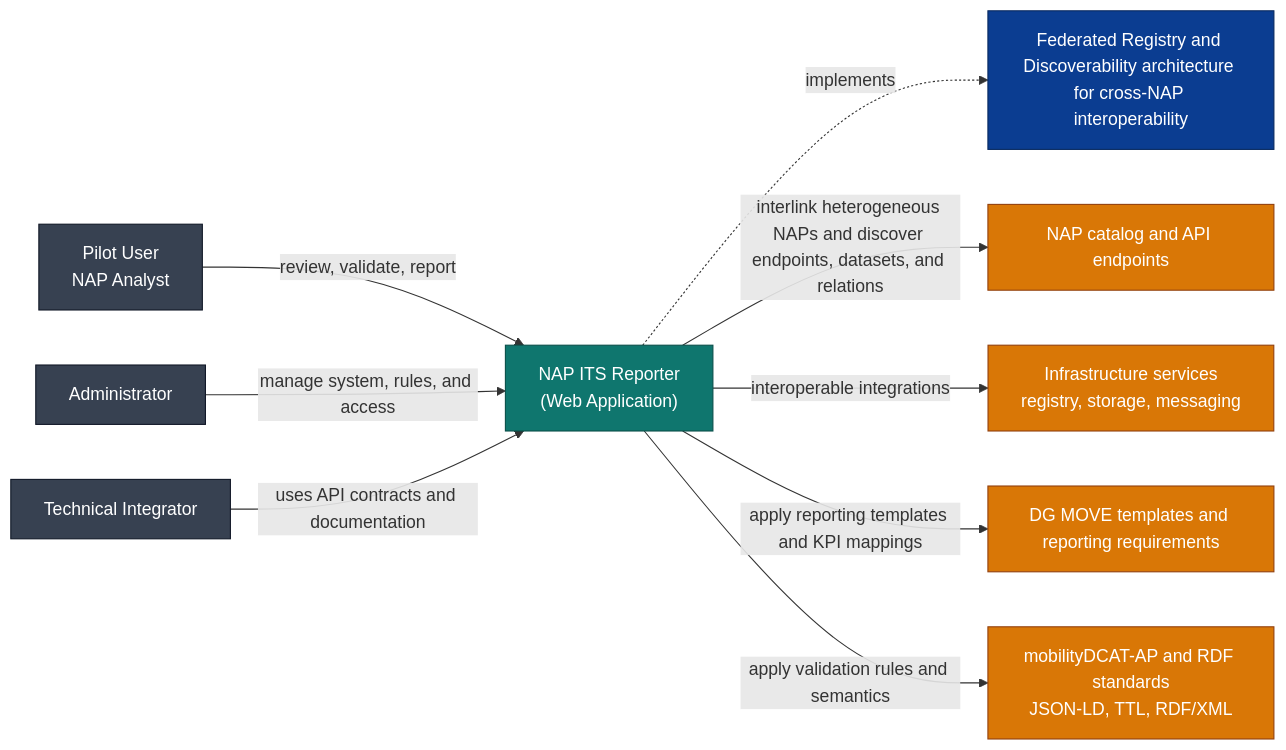
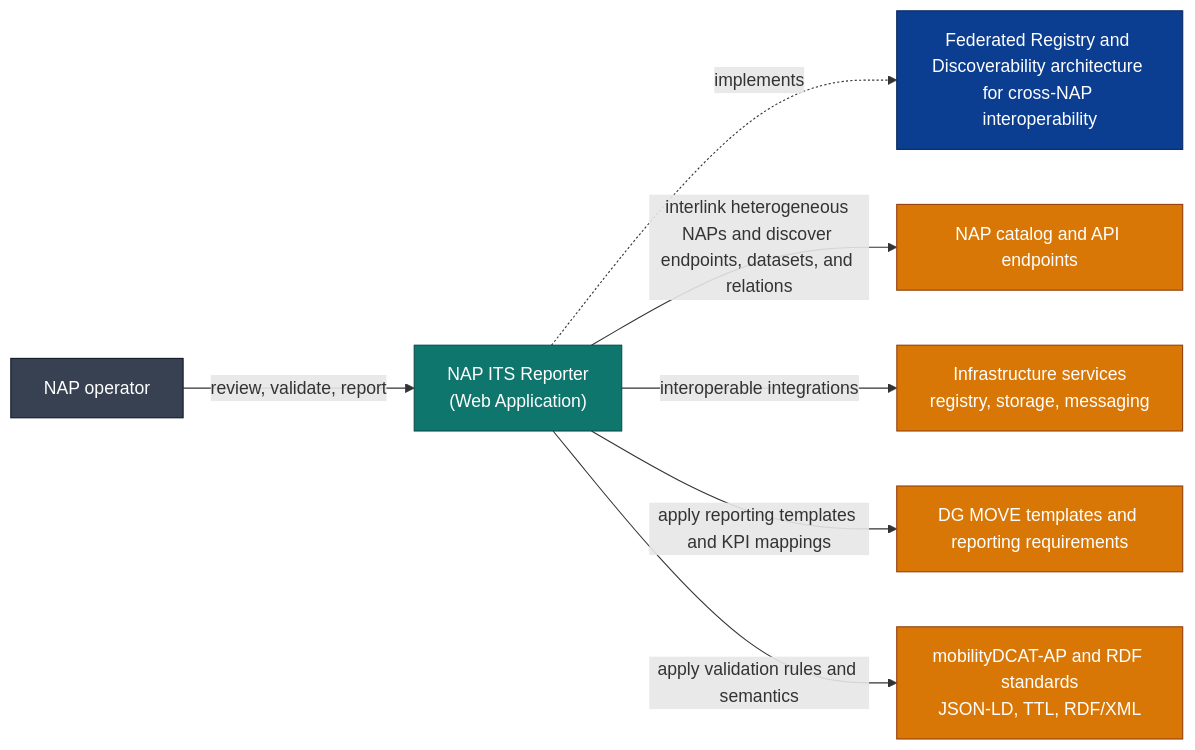
One commit to UM-KGPI/Napcore-ITS-Reporting changed the first of 4 diagrams in docs/architecture/c4-design.md. Above: the diagram before and after it, drawn with Mermaid. The commit also changed other lines of this file and 7 other files, not shown here.

Commit message:
Use NAP operator stakeholder and add Mermaid SVG export

````diff
--- a/docs/architecture/c4-design.md
+++ b/docs/architecture/c4-design.md
@@ -15,28 +15,24 @@
 ```mermaid
 flowchart LR
     classDef system fill:#0b3d91,stroke:#08295f,color:#fff
     classDef app fill:#0f766e,stroke:#0a4f4a,color:#fff
     classDef ext fill:#d97706,stroke:#92400e,color:#fff
     classDef user fill:#374151,stroke:#111827,color:#fff
 
-    U1[Pilot User\nNAP Analyst]:::user
-    U2[Administrator]:::user
-    U3[Technical Integrator]:::user
+    U[NAP operator]:::user
 
     APP["NAP ITS Reporter\n(Web Application)"]:::app
     PATTERN["Federated Registry and Discoverability architecture for cross-NAP interoperability"]:::system
 
     NAP[NAP catalog and API endpoints]:::ext
     INFRA[Infrastructure services\nregistry, storage, messaging]:::ext
     DGMOVE[DG MOVE templates and reporting requirements]:::ext
     STD[mobilityDCAT-AP and RDF standards\nJSON-LD, TTL, RDF/XML]:::ext
 
-    U1 -->|review, validate, report| APP
-    U2 -->|manage system, rules, and access| APP
-    U3 -->|uses API contracts and documentation| APP
+    U -->|review, validate, report| APP
     APP -.implements.-> PATTERN
     APP -->|interlink heterogeneous NAPs and discover endpoints, datasets, and relations| NAP
     APP -->|interoperable integrations| INFRA
     APP -->|apply reporting templates and KPI mappings| DGMOVE
     APP -->|apply validation rules and semantics| STD
 ```
````
